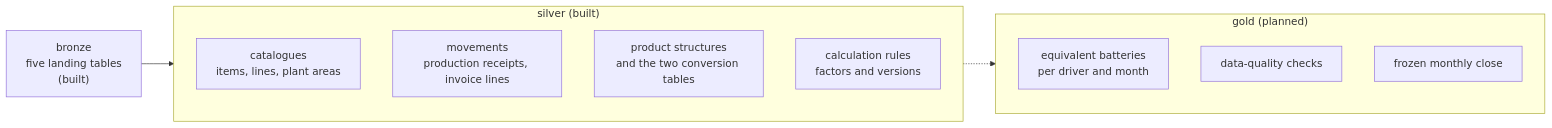
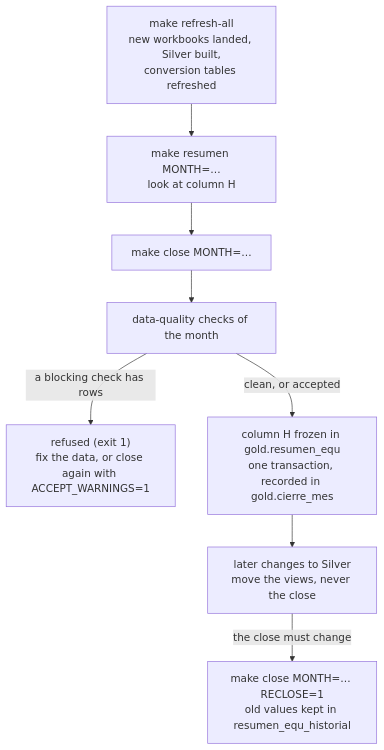
Diagram 11 of 11 in docs/database_overview.md (juanpablocarrillohortua/clarios_app), drawn with Mermaid before and after one commit. The commit also changed other lines of this file and 32 other files, not shown here.

````diff
--- a/docs/database_overview.md
+++ b/docs/database_overview.md
@@ -672,18 +747,10 @@
 ```mermaid
-flowchart LR
-    B["bronze<br/>five landing tables<br/>(built)"]
-    subgraph S["silver (built)"]
-        direction TB
-        S1["catalogues<br/>items, lines, plant areas"]
-        S2["movements<br/>production receipts, invoice lines"]
-        S3["product structures<br/>and the two conversion tables"]
-        S4["calculation rules<br/>factors and versions"]
-    end
-    subgraph G["gold (planned)"]
-        direction TB
-        G1["equivalent batteries<br/>per driver and month"]
-        G2["data-quality checks"]
-        G3["frozen monthly close"]
-    end
-    B --> S -.-> G
+flowchart TD
+    A["make refresh-all<br/>new workbooks landed, Silver built,<br/>conversion tables refreshed"] --> B["make resumen MONTH=…<br/>look at column H"]
+    B --> C["make close MONTH=…"]
+    C --> D["data-quality checks of the month"]
+    D -- "a blocking check has rows" --> E["refused (exit 1)<br/>fix the data, or close again with ACCEPT_WARNINGS=1"]
+    D -- "clean, or accepted" --> F["column H frozen in gold.resumen_equ<br/>one transaction, recorded in gold.cierre_mes"]
+    F --> G["later changes to Silver<br/>move the views, never the close"]
+    G -- "the close must change" --> H["make close MONTH=… RECLOSE=1<br/>old values kept in resumen_equ_historial"]
 ```
````
